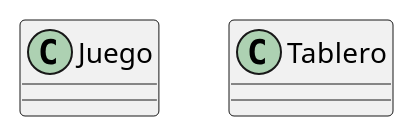
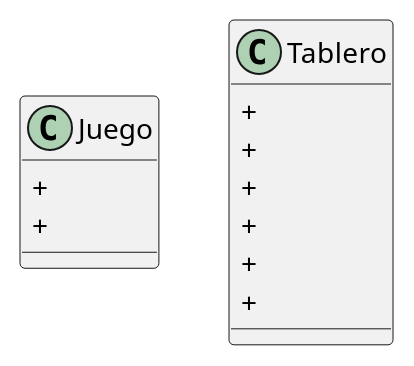
One commit to juanx199/newPuzzle changed the diagram in diagrama.plantuml. Above: the diagram before and after it, drawn with PlantUML. The commit also changed 5 other files, not shown here.

Commit message:
Tengo sueño y falta agregar el diagrama y el plantuml, NO OLVIDAR

```diff
--- a/diagrama.plantuml
+++ b/diagrama.plantuml
@@ -1,12 +1,18 @@
 @startuml
 
 class Juego{
-
+    +
+    +
 }
 
 class Tablero{
-    
+    +
+    +
+    +
+    +
+    +
+    +
 }
 
 
 @enduml
```
